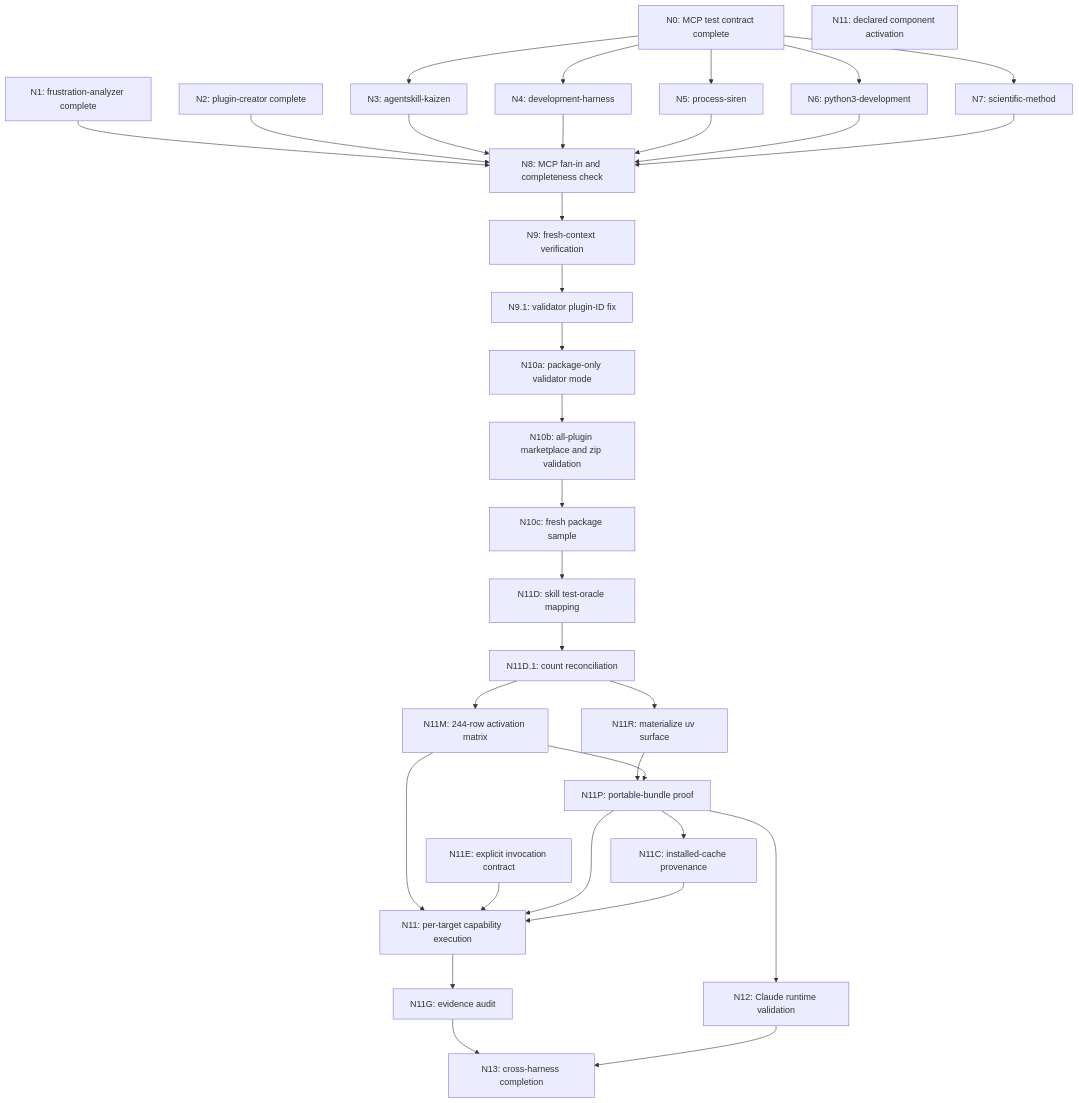
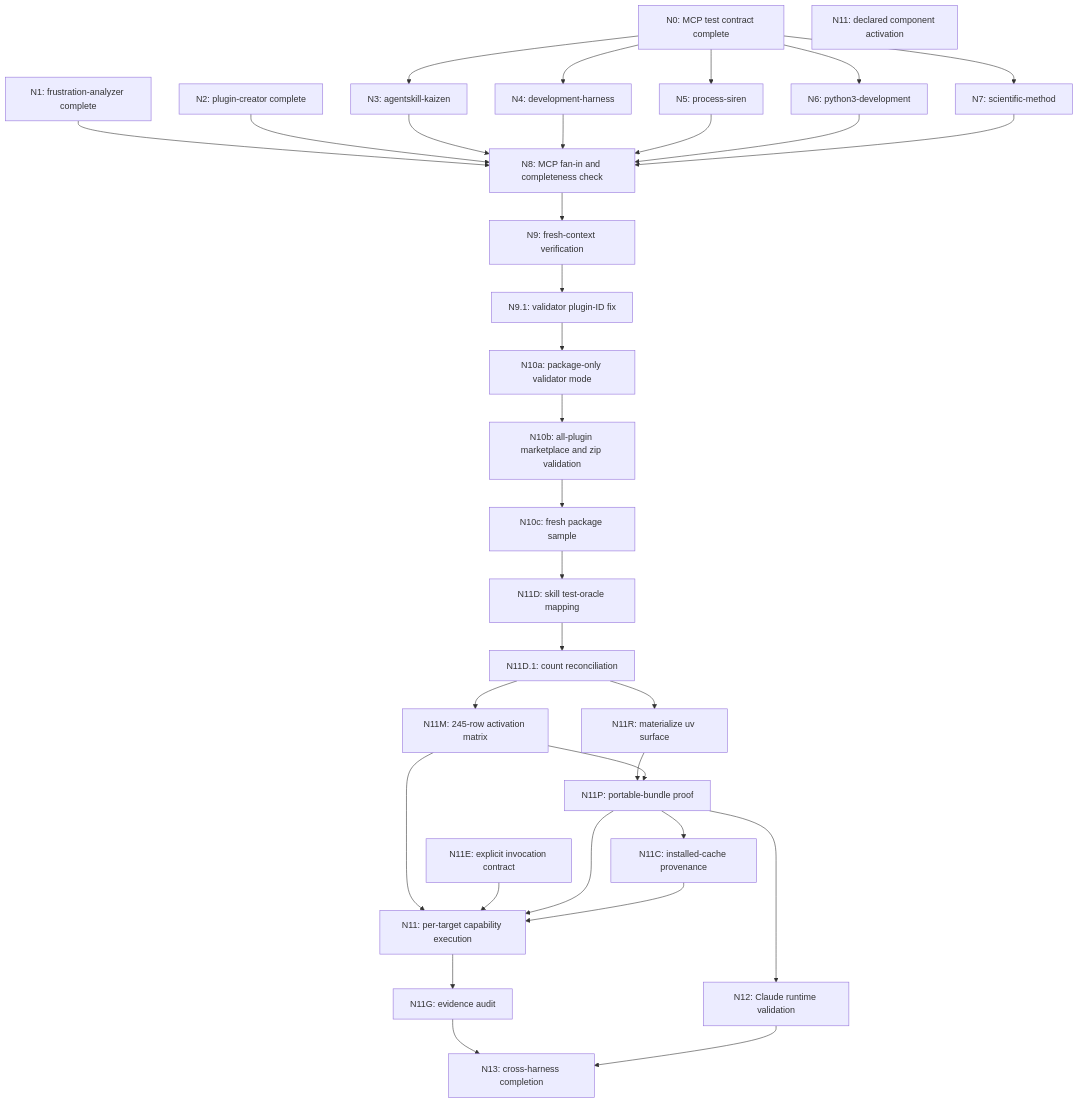
One commit to Jamie-BitFlight/claude_skills changed the diagram in plan/codex-plugin-enablement-validation-graph.md. Above: the diagram before and after it, drawn with Mermaid. The commit also changed other lines of this file and 5 other files, not shown here.

````diff
--- a/plan/codex-plugin-enablement-validation-graph.md
+++ b/plan/codex-plugin-enablement-validation-graph.md
@@ -46,53 +46,53 @@
 ```mermaid
 flowchart TD
     N0[N0: MCP test contract complete]
     N1[N1: frustration-analyzer complete]
     N2[N2: plugin-creator complete]
     N3[N3: agentskill-kaizen]
     N4[N4: development-harness]
     N5[N5: process-siren]
     N6[N6: python3-development]
     N7[N7: scientific-method]
     N8[N8: MCP fan-in and completeness check]
     N9[N9: fresh-context verification]
     N91[N9.1: validator plugin-ID fix]
     N10A[N10a: package-only validator mode]
     N10B[N10b: all-plugin marketplace and zip validation]
     N10C[N10c: fresh package sample]
     N11D[N11D: skill test-oracle mapping]
     N11[N11: declared component activation]
     N12[N12: Claude runtime validation, auth blocked]
 
     N0 --> N3
     N0 --> N4
     N0 --> N5
     N0 --> N6
     N0 --> N7
     N1 --> N8
     N2 --> N8
     N3 --> N8
     N4 --> N8
     N5 --> N8
     N6 --> N8
     N7 --> N8
     N8 --> N9
     N9 --> N91
     N91 --> N10A
     N10A --> N10B
     N10B --> N10C
     N10C --> N11D
     N11D --> N11D1[N11D.1: count reconciliation]
-    N11D1 --> N11M[N11M: 244-row activation matrix]
+    N11D1 --> N11M[N11M: 245-row activation matrix]
     N11D1 --> N11R[N11R: materialize uv surface]
     N11R --> N11P[N11P: portable-bundle proof]
     N11M --> N11P
     N11P --> N11C[N11C: installed-cache provenance]
     N11M --> N11X[N11: per-target capability execution]
     N11E[N11E: explicit invocation contract] --> N11X
     N11P --> N11X
     N11C --> N11X
     N11X --> N11G[N11G: evidence audit]
     N11P --> N12[N12: Claude runtime validation]
     N11G --> N13[N13: cross-harness completion]
     N12 --> N13
 ```
````
